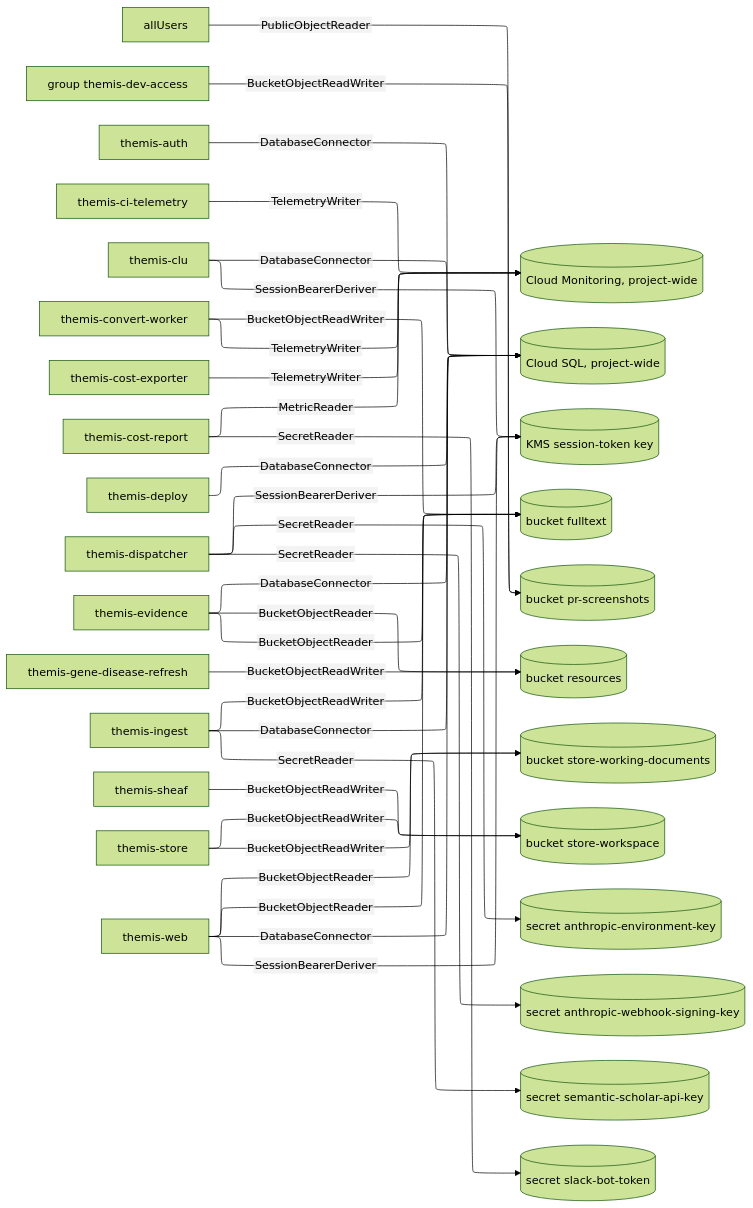
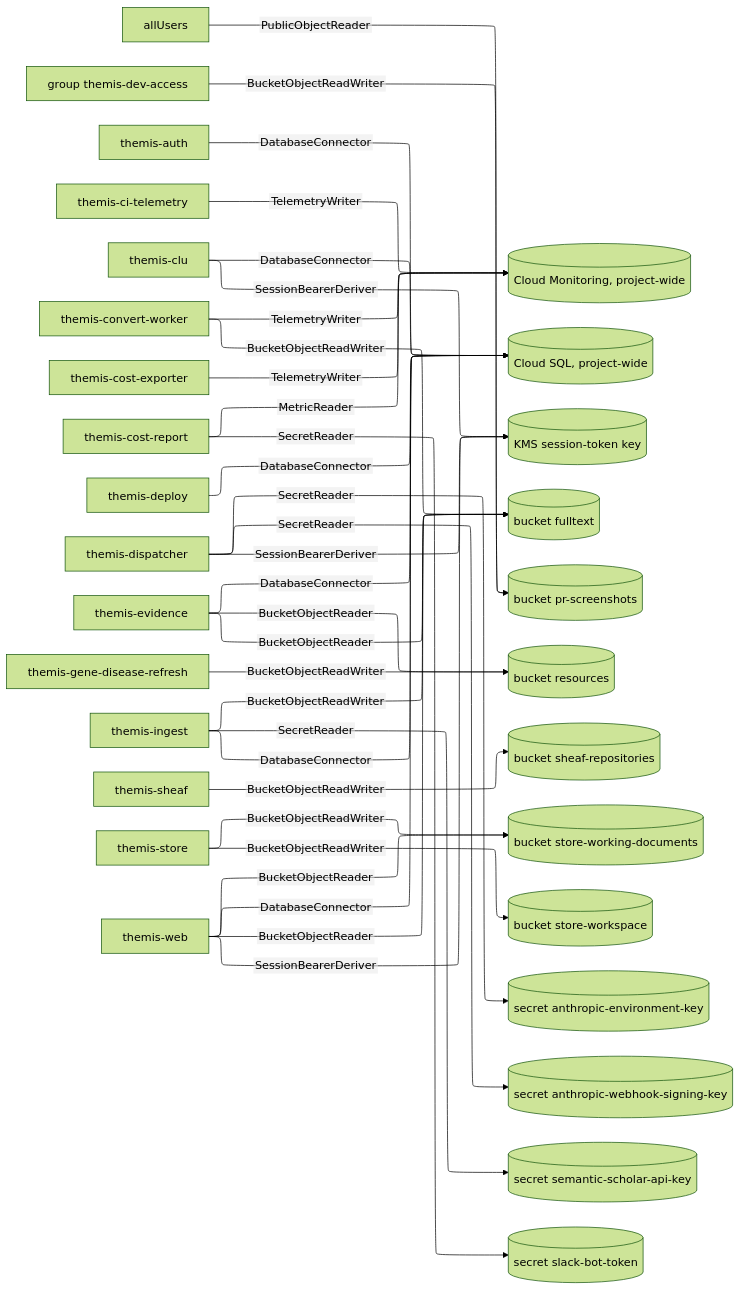
Before and after one commit to populationgenomics/themis: the diagram in docs/design/grants/data.mmd, drawn with Mermaid (forest theme). The commit also changed 38 other files, not shown here.

First line of the commit message:
sheaf: signed pack URLs for the browser, agent pushes held to the agent's identity, and a bucket of sheaf's own (#654)

```diff
--- a/docs/design/grants/data.mmd
+++ b/docs/design/grants/data.mmd
@@ -1,59 +1,60 @@
 %%{init: {"layout": "elk", "elk": {"mergeEdges": true, "nodePlacementStrategy": "NETWORK_SIMPLEX"}, "htmlLabels": false, "flowchart": {"htmlLabels": false, "wrappingWidth": 320}}}%%
 flowchart LR
     n0["allUsers"]
     n1["group themis-dev-access"]
     n2["themis-auth"]
     n3["themis-ci-telemetry"]
     n4["themis-clu"]
     n5["themis-convert-worker"]
     n6["themis-cost-exporter"]
     n7["themis-cost-report"]
     n8["themis-deploy"]
     n9["themis-dispatcher"]
     n10["themis-evidence"]
     n11["themis-gene-disease-refresh"]
     n12["themis-ingest"]
     n13["themis-sheaf"]
     n14["themis-store"]
     n15["themis-web"]
     n16[("Cloud Monitoring, project-wide")]
     n17[("Cloud SQL, project-wide")]
     n18[("KMS session-token key")]
     n19[("bucket fulltext")]
     n20[("bucket pr-screenshots")]
     n21[("bucket resources")]
-    n22[("bucket store-working-documents")]
-    n23[("bucket store-workspace")]
-    n24[("secret anthropic-environment-key")]
-    n25[("secret anthropic-webhook-signing-key")]
-    n26[("secret semantic-scholar-api-key")]
-    n27[("secret slack-bot-token")]
+    n22[("bucket sheaf-repositories")]
+    n23[("bucket store-working-documents")]
+    n24[("bucket store-workspace")]
+    n25[("secret anthropic-environment-key")]
+    n26[("secret anthropic-webhook-signing-key")]
+    n27[("secret semantic-scholar-api-key")]
+    n28[("secret slack-bot-token")]
     n0 -->|PublicObjectReader| n20
     n1 -->|BucketObjectReadWriter| n20
     n2 -->|DatabaseConnector| n17
     n3 -->|TelemetryWriter| n16
     n4 -->|DatabaseConnector| n17
     n4 -->|SessionBearerDeriver| n18
     n5 -->|BucketObjectReadWriter| n19
     n5 -->|TelemetryWriter| n16
     n6 -->|TelemetryWriter| n16
     n7 -->|MetricReader| n16
-    n7 -->|SecretReader| n27
+    n7 -->|SecretReader| n28
     n8 -->|DatabaseConnector| n17
-    n9 -->|SecretReader| n24
     n9 -->|SecretReader| n25
+    n9 -->|SecretReader| n26
     n9 -->|SessionBearerDeriver| n18
     n10 -->|BucketObjectReader| n19
     n10 -->|BucketObjectReader| n21
     n10 -->|DatabaseConnector| n17
     n11 -->|BucketObjectReadWriter| n21
     n12 -->|BucketObjectReadWriter| n19
     n12 -->|DatabaseConnector| n17
-    n12 -->|SecretReader| n26
-    n13 -->|BucketObjectReadWriter| n23
-    n14 -->|BucketObjectReadWriter| n22
+    n12 -->|SecretReader| n27
+    n13 -->|BucketObjectReadWriter| n22
     n14 -->|BucketObjectReadWriter| n23
+    n14 -->|BucketObjectReadWriter| n24
     n15 -->|BucketObjectReader| n19
-    n15 -->|BucketObjectReader| n22
+    n15 -->|BucketObjectReader| n23
     n15 -->|DatabaseConnector| n17
     n15 -->|SessionBearerDeriver| n18
```
